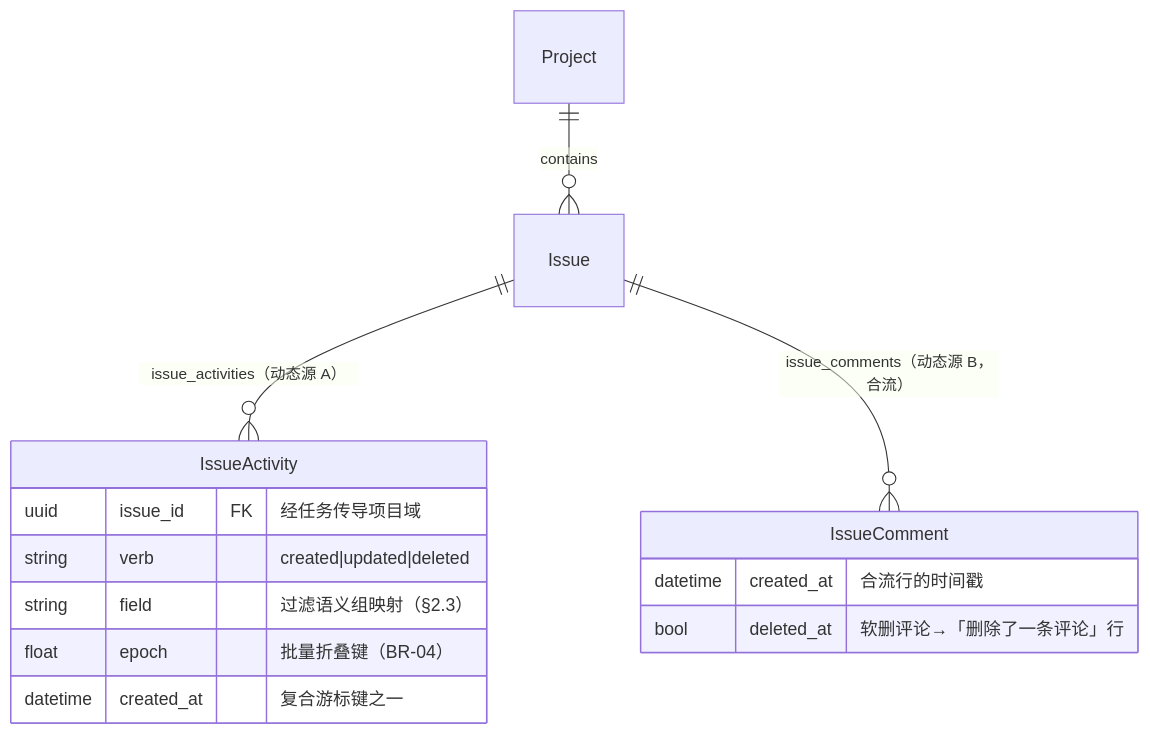
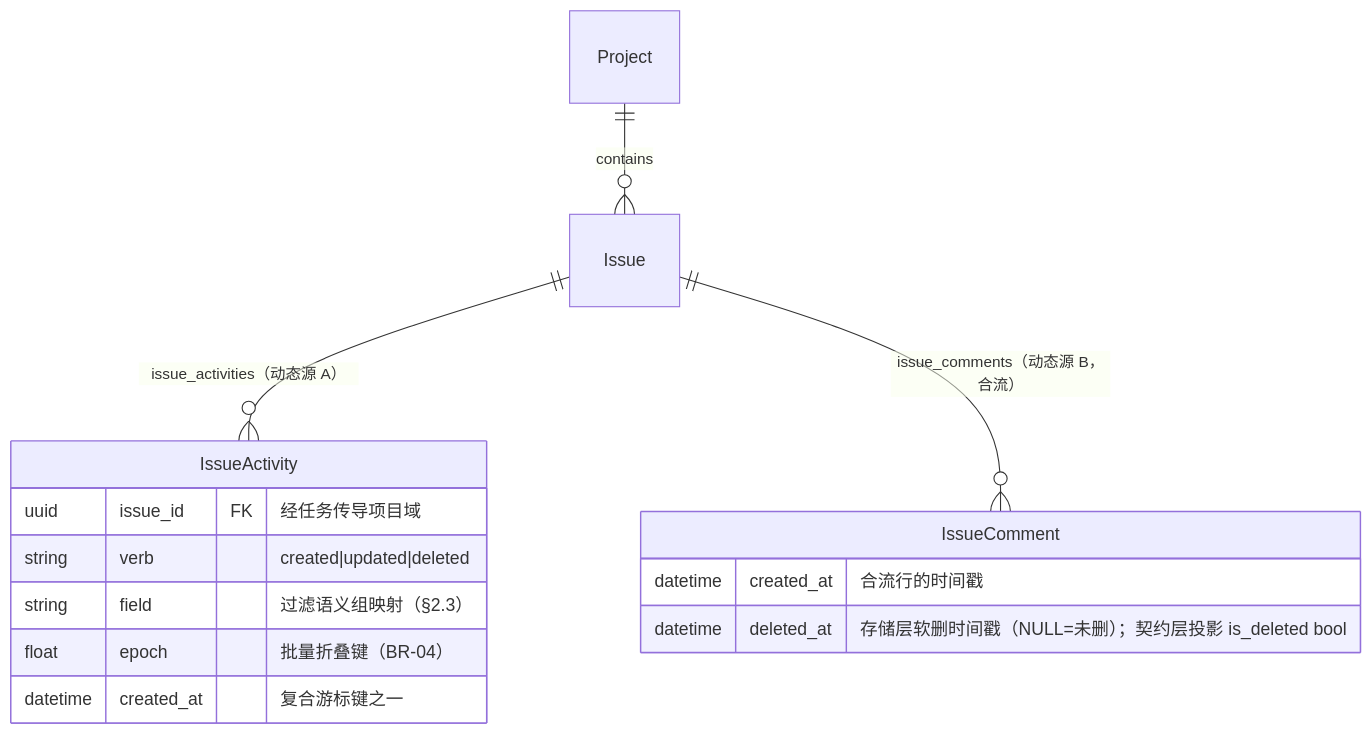
Before and after one commit to RabbitAI-Lab/RabbitProjects: the third of 3 diagrams in docs/sprint-3-views-collab/COLLAB-003-activity-stream.md, drawn with Mermaid. The commit also changed other lines of this file and 5 other files, not shown here.

````diff
--- a/docs/sprint-3-views-collab/COLLAB-003-activity-stream.md
+++ b/docs/sprint-3-views-collab/COLLAB-003-activity-stream.md
@@ -308,17 +312,17 @@
 ```mermaid
 erDiagram
     Project ||--o{ Issue : contains
     Issue ||--o{ IssueActivity : "issue_activities（动态源 A）"
     Issue ||--o{ IssueComment : "issue_comments（动态源 B，合流）"
     IssueActivity {
         uuid issue_id FK "经任务传导项目域"
         string verb "created|updated|deleted"
         string field "过滤语义组映射（§2.3）"
         float epoch "批量折叠键（BR-04）"
         datetime created_at "复合游标键之一"
     }
     IssueComment {
         datetime created_at "合流行的时间戳"
-        bool deleted_at "软删评论→「删除了一条评论」行"
+        datetime deleted_at "存储层软删时间戳（NULL=未删）；契约层投影 is_deleted bool"
     }
 ```
````
